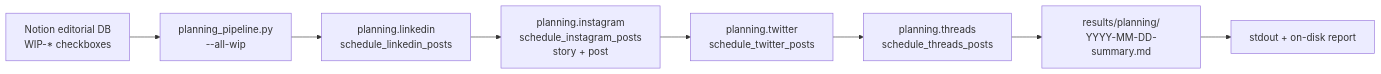
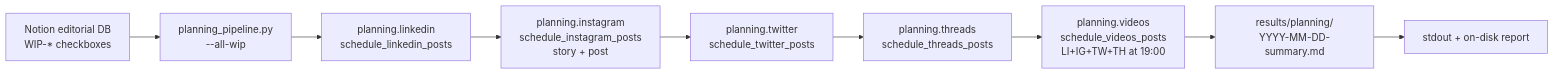
One commit to ferraroroberto/content-management changed the second of 3 diagrams in README.md. Above: the diagram before and after it, drawn with Mermaid. The commit also changed other lines of this file and 14 other files, not shown here.

````diff
--- a/README.md
+++ b/README.md
@@ -115,10 +120,11 @@
 ```mermaid
 flowchart LR
     A[Notion editorial DB<br/>WIP-* checkboxes] --> B[planning_pipeline.py<br/>--all-wip]
     B --> L[planning.linkedin<br/>schedule_linkedin_posts]
     L --> I[planning.instagram<br/>schedule_instagram_posts<br/>story + post]
     I --> T[planning.twitter<br/>schedule_twitter_posts]
     T --> H[planning.threads<br/>schedule_threads_posts]
-    H --> S[results/planning/<br/>YYYY-MM-DD-summary.md]
+    H --> V[planning.videos<br/>schedule_videos_posts<br/>LI+IG+TW+TH at 19:00]
+    V --> S[results/planning/<br/>YYYY-MM-DD-summary.md]
     S --> R[stdout + on-disk report]
 ```
````
